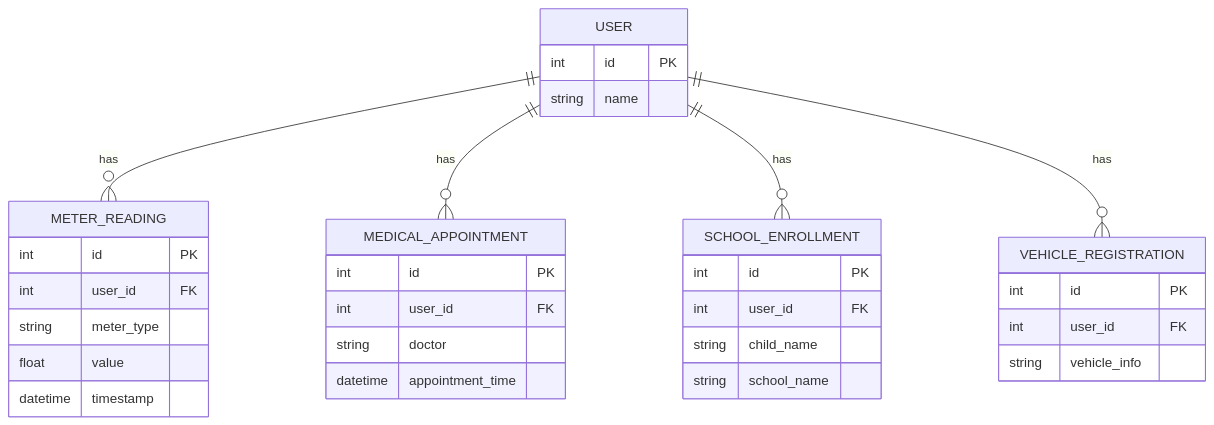
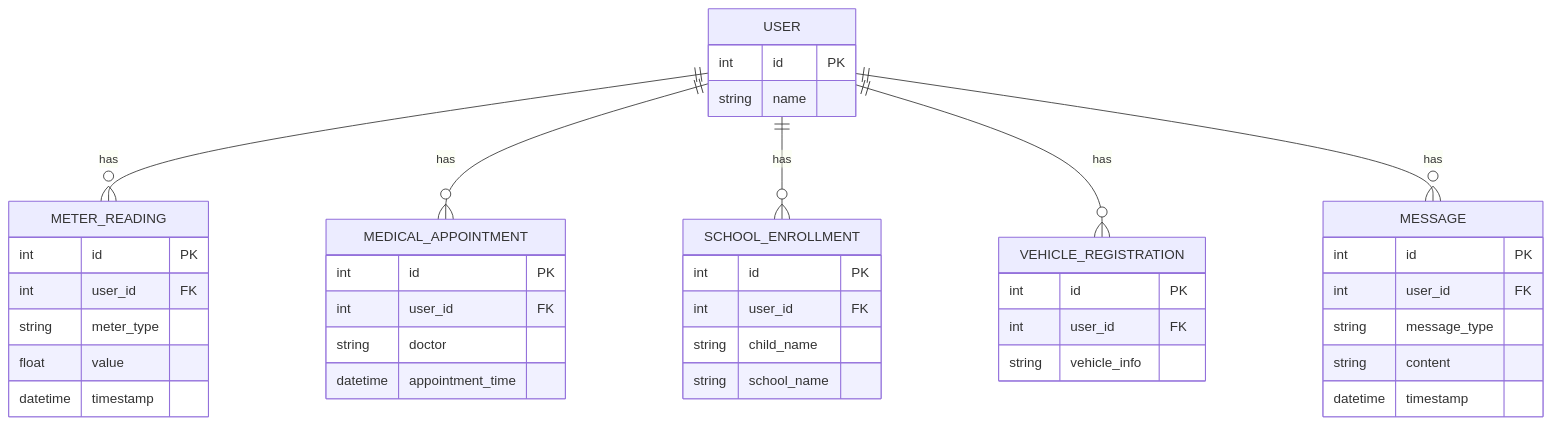
One commit to Bataevk/smart-consultant-llm changed the diagram in documentation/db_scheme.md. Above: the diagram before and after it, drawn with Mermaid. The commit also changed other lines of this file and 5 other files, not shown here.

````diff
--- a/documentation/db_scheme.md
+++ b/documentation/db_scheme.md
@@ -1,40 +1,49 @@
 ```mermaid
 erDiagram
     USER {
         int id PK
         string name
     }
 
     METER_READING {
         int id PK
         int user_id FK
         string meter_type
         float value
         datetime timestamp
     }
 
     MEDICAL_APPOINTMENT {
         int id PK
         int user_id FK
         string doctor
         datetime appointment_time
     }
 
     SCHOOL_ENROLLMENT {
         int id PK
         int user_id FK
         string child_name
         string school_name
     }
 
     VEHICLE_REGISTRATION {
         int id PK
         int user_id FK
         string vehicle_info
     }
 
+    MESSAGE {
+        int id PK
+        int user_id FK
+        string message_type
+        string content
+        datetime timestamp
+    }
+
     USER ||--o{ METER_READING : has
     USER ||--o{ MEDICAL_APPOINTMENT : has
     USER ||--o{ SCHOOL_ENROLLMENT : has
     USER ||--o{ VEHICLE_REGISTRATION : has
+    USER ||--o{ MESSAGE : has
 ```
````
